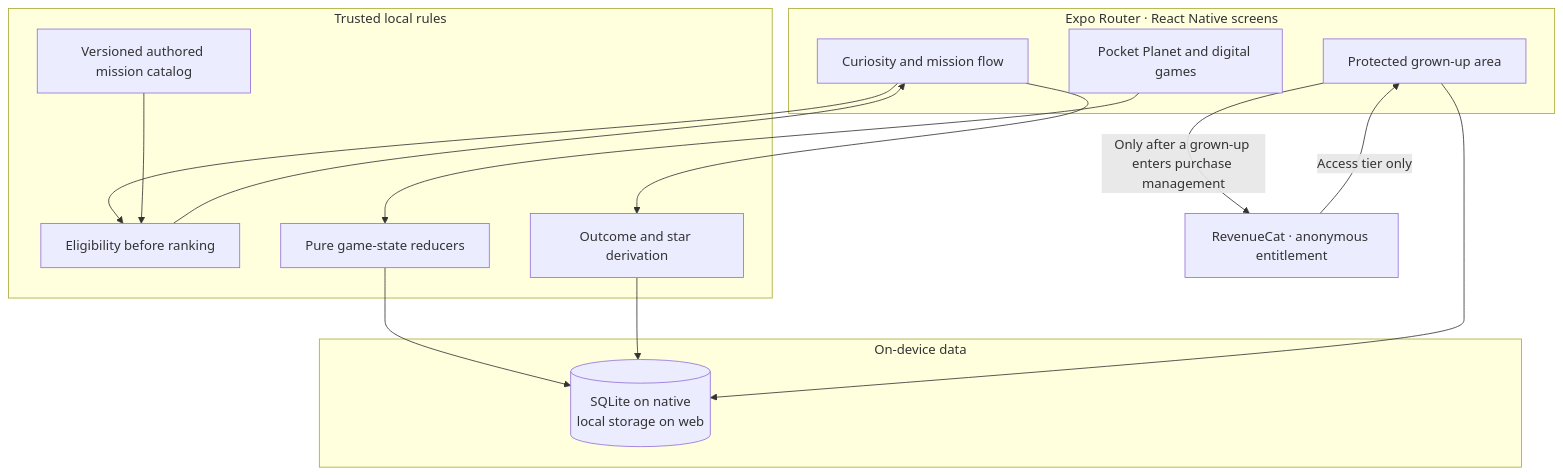
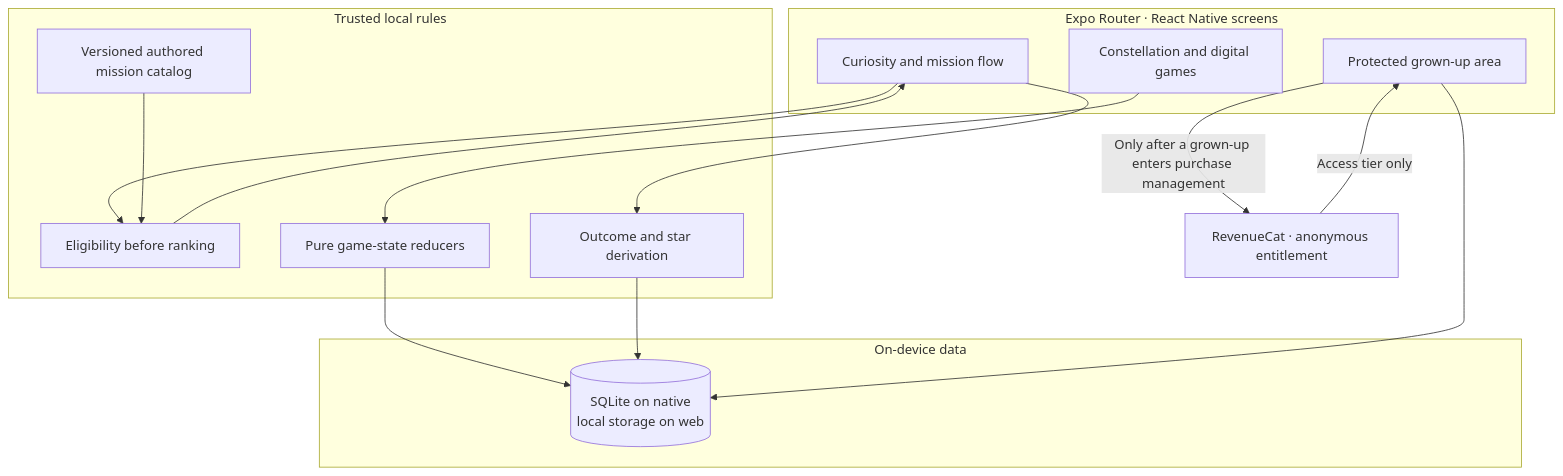
One commit to gauravk16in/Constellation changed the second of 2 diagrams in README.md. Above: the diagram before and after it, drawn with Mermaid. The commit also changed other lines of this file, not shown here.

````diff
--- a/README.md
+++ b/README.md
@@ -67,27 +63,27 @@
 ```mermaid
 flowchart TB
     subgraph UI[Expo Router · React Native screens]
-      Planet[Pocket Planet and digital games]
+      Planet[Constellation and digital games]
       Missions[Curiosity and mission flow]
       Guardian[Protected grown-up area]
     end
 
     subgraph Rules[Trusted local rules]
       Catalog[Versioned authored mission catalog]
       Eligibility[Eligibility before ranking]
       Games[Pure game-state reducers]
       Progress[Outcome and star derivation]
     end
 
     subgraph Device[On-device data]
       Store[(SQLite on native<br/>local storage on web)]
     end
 
     Planet --> Games --> Store
     Missions --> Eligibility
     Catalog --> Eligibility --> Missions
     Missions --> Progress --> Store
     Guardian --> Store
     Guardian -->|Only after a grown-up enters purchase management| RC[RevenueCat · anonymous entitlement]
     RC -->|Access tier only| Guardian
 ```
````
